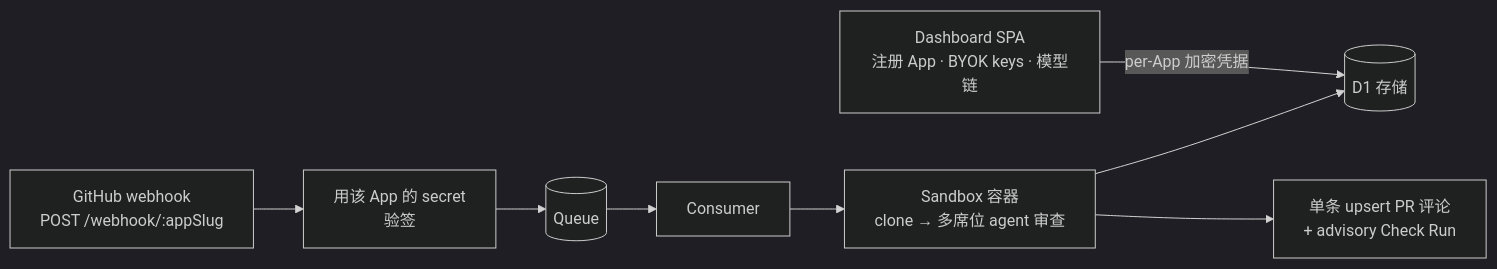
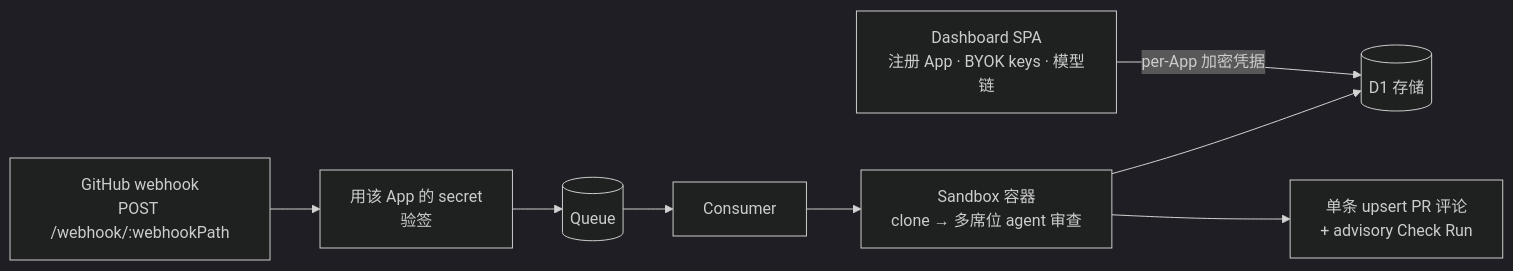
Before and after one commit to btspoony/mstar-inspector: the diagram in README_CN.md, drawn with Mermaid (dark theme). The commit also changed other lines of this file and 84 other files, not shown here.

First line of the commit message:
Address Apps by GitHub App ID and show live identity (#113)

````diff
--- a/README_CN.md
+++ b/README_CN.md
@@ -30,10 +30,10 @@
 ```mermaid
 flowchart LR
     D["Dashboard SPA<br/>注册 App · BYOK keys · 模型链"] -->|"per-App 加密凭据"| DB[("D1 存储")]
-    GH["GitHub webhook<br/>POST /webhook/:appSlug"] --> WH["用该 App 的 secret<br/>验签"]
+    GH["GitHub webhook<br/>POST /webhook/:webhookPath"] --> WH["用该 App 的 secret<br/>验签"]
     WH --> Q[("Queue")]
     Q --> CO["Consumer"]
     CO --> SB["Sandbox 容器<br/>clone → 多席位 agent 审查"]
     SB --> CM["单条 upsert PR 评论<br/>+ advisory Check Run"]
     SB --> DB
 ```
````
